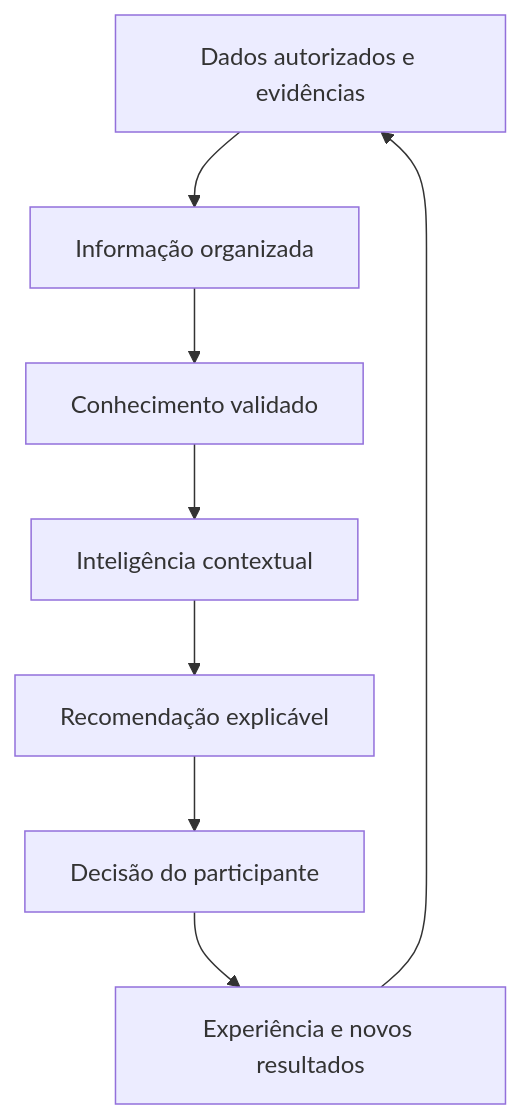
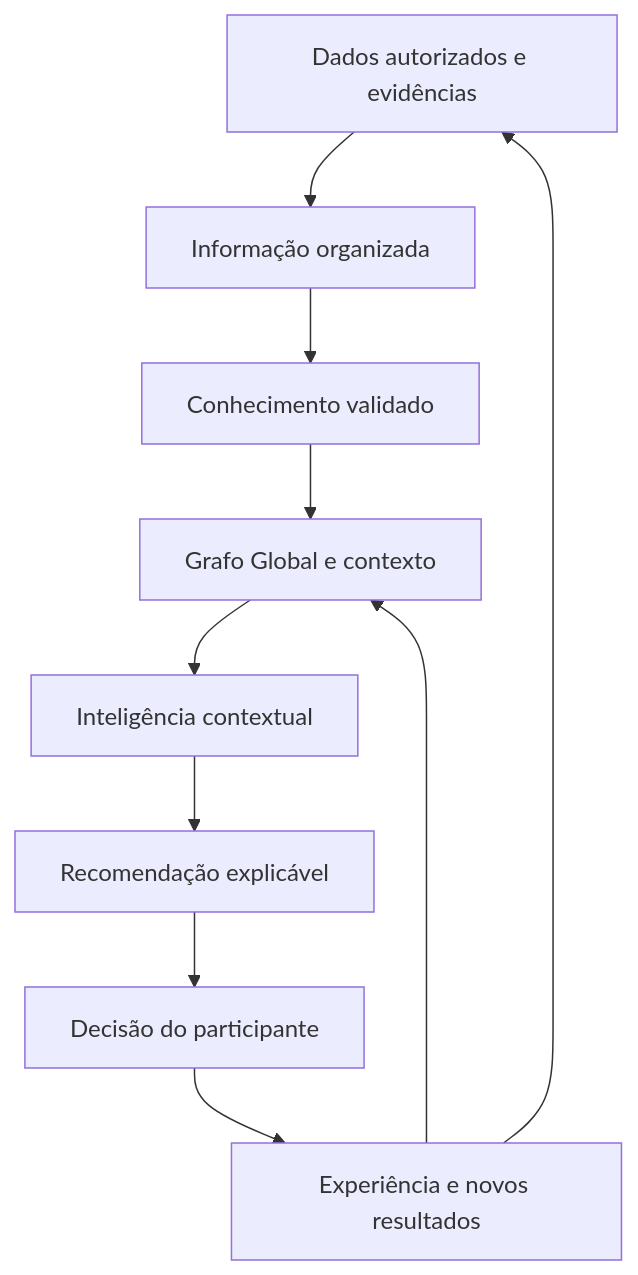
One commit to guivos-repositorio/Guivos-Knowledge-Repository changed the first of 2 diagrams in docs/intelligence-architecture/knowledge-model.md. Above: the diagram before and after it, drawn with Mermaid. The commit also changed other lines of this file, not shown here.

Commit message:
docs(intelligence): align GAI-001 with Ecosystem Intelligence and Global Graph

````diff
--- a/docs/intelligence-architecture/knowledge-model.md
+++ b/docs/intelligence-architecture/knowledge-model.md
@@ -95,18 +83,21 @@
 ```mermaid
 flowchart TD
     A[Dados autorizados e evidências]
     B[Informação organizada]
     C[Conhecimento validado]
-    D[Inteligência contextual]
-    E[Recomendação explicável]
-    F[Decisão do participante]
-    G[Experiência e novos resultados]
+    D[Grafo Global e contexto]
+    E[Inteligência contextual]
+    F[Recomendação explicável]
+    G[Decisão do participante]
+    H[Experiência e novos resultados]
 
     A --> B
     B --> C
     C --> D
     D --> E
     E --> F
     F --> G
-    G --> A
+    G --> H
+    H --> A
+    H --> D
 ```
````
